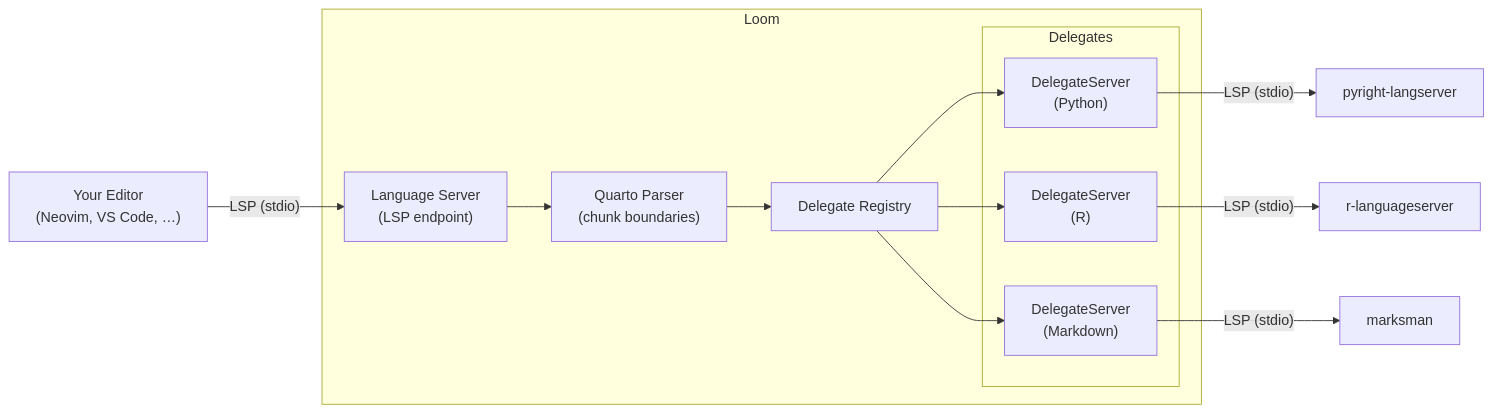
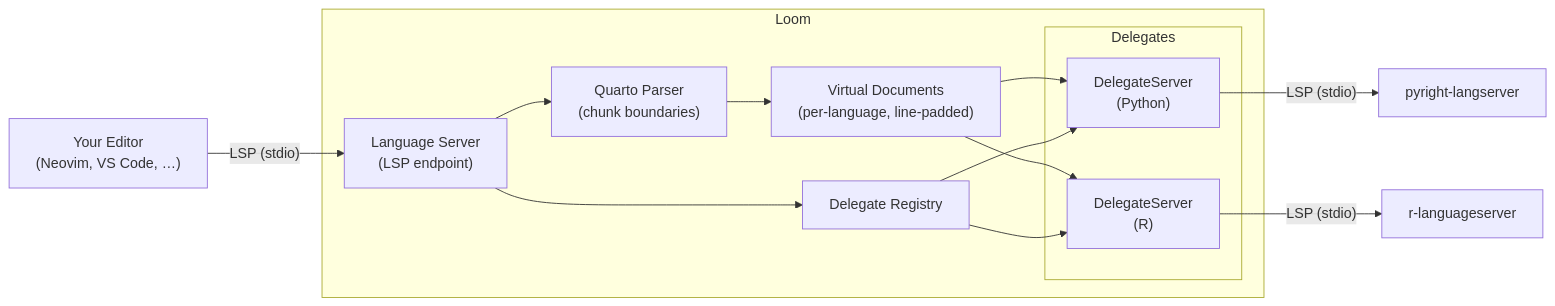
Before and after one commit to PMassicotte/loom-lsp: the diagram in README.md, drawn with Mermaid.

Commit message:
docs(README.md): update architecture diagram to include Virtual Documents and remove Markdown delegate server

````diff
--- a/README.md
+++ b/README.md
@@ -30,30 +30,30 @@
 ```mermaid
 flowchart LR
     Editor["Your Editor\n(Neovim, VS Code, …)"]
 
     subgraph Loom
         LS["Language Server\n(LSP endpoint)"]
         Parser["Quarto Parser\n(chunk boundaries)"]
+        VDocs["Virtual Documents\n(per-language, line-padded)"]
         Registry["Delegate Registry"]
 
         subgraph Delegates
             DS1["DelegateServer\n(Python)"]
             DS2["DelegateServer\n(R)"]
-            DS3["DelegateServer\n(Markdown)"]
         end
     end
 
     Pyright["pyright-langserver"]
     RLS["r-languageserver"]
-    Marksman["marksman"]
 
     Editor -- "LSP (stdio)" --> LS
     LS --> Parser
-    Parser --> Registry
+    Parser --> VDocs
+    VDocs --> DS1
+    VDocs --> DS2
+    LS --> Registry
     Registry --> DS1
     Registry --> DS2
-    Registry --> DS3
     DS1 -- "LSP (stdio)" --> Pyright
     DS2 -- "LSP (stdio)" --> RLS
-    DS3 -- "LSP (stdio)" --> Marksman
 ```
````
